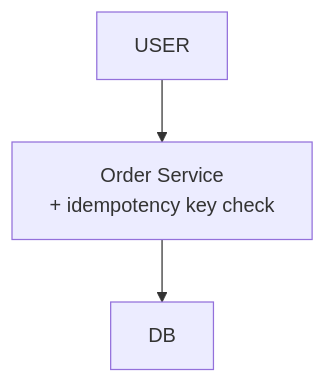
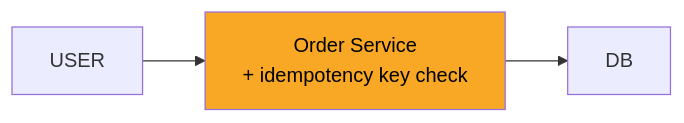
Before and after one commit to ArpanMaheshwari144/Prep: the second of 10 diagrams in 04_HLD/SYSTEM_DESIGNS/05_stock_broker_trading/05_stock_broker_trading.md, drawn with Mermaid. The commit also changed other lines of this file, not shown here.

Commit message:
stock: diagrams left to right, new box highlighted

````diff
--- a/04_HLD/SYSTEM_DESIGNS/05_stock_broker_trading/05_stock_broker_trading.md
+++ b/04_HLD/SYSTEM_DESIGNS/05_stock_broker_trading/05_stock_broker_trading.md
@@ -113,8 +113,9 @@
 ```mermaid
-flowchart TD
+flowchart LR
     n_USER["USER"]
     n_Order_Service["Order Service<br/>+ idempotency key check"]
     n_DB["DB"]
     n_USER --> n_Order_Service
     n_Order_Service --> n_DB
+    style n_Order_Service fill:#f9a825,color:#000
 ```
````
